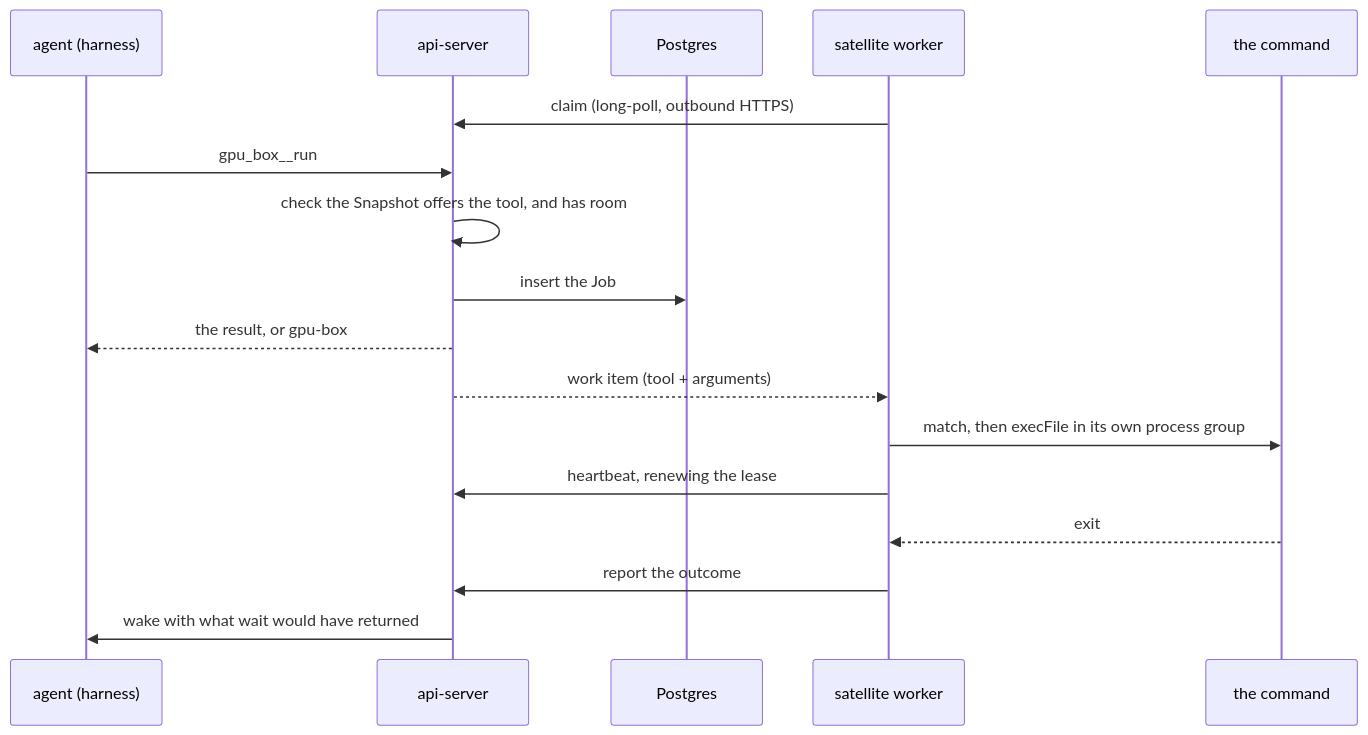
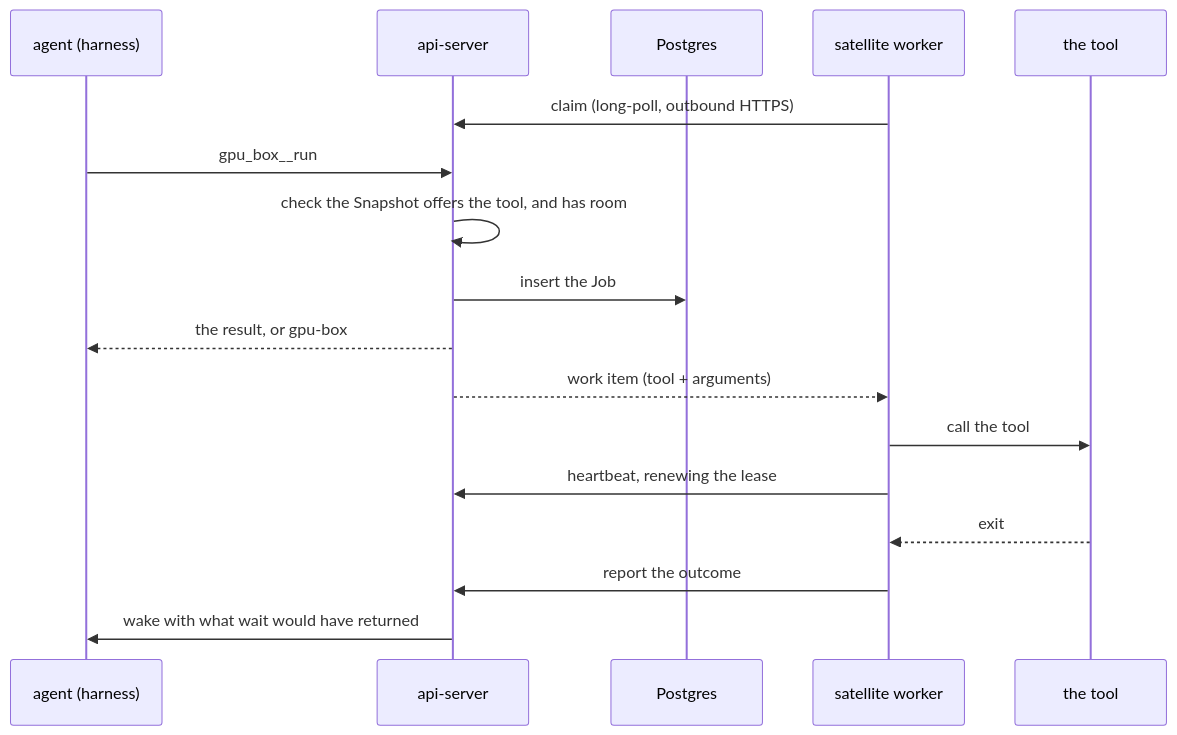
One commit to dam-agents/dam changed the diagram in docs/architecture/satellites.md. Above: the diagram before and after it, drawn with Mermaid. The commit also changed other lines of this file and 7 other files, not shown here.

````diff
--- a/docs/architecture/satellites.md
+++ b/docs/architecture/satellites.md
@@ -13,20 +13,20 @@
 ```mermaid
 sequenceDiagram
   participant RT as agent (harness)
   participant AS as api-server
   participant PG as Postgres
   participant SAT as satellite worker
-  participant P as the command
+  participant P as the tool
 
   SAT->>AS: claim (long-poll, outbound HTTPS)
   RT->>AS: gpu_box__run
   AS->>AS: check the Snapshot offers the tool, and has room
   AS->>PG: insert the Job
   AS-->>RT: the result, or gpu-box#7
   AS-->>SAT: work item (tool + arguments)
-  SAT->>P: match, then execFile in its own process group
+  SAT->>P: call the tool
   SAT->>AS: heartbeat, renewing the lease
   P-->>SAT: exit
   SAT->>AS: report the outcome
   AS->>RT: wake with what wait would have returned
 ```
````
